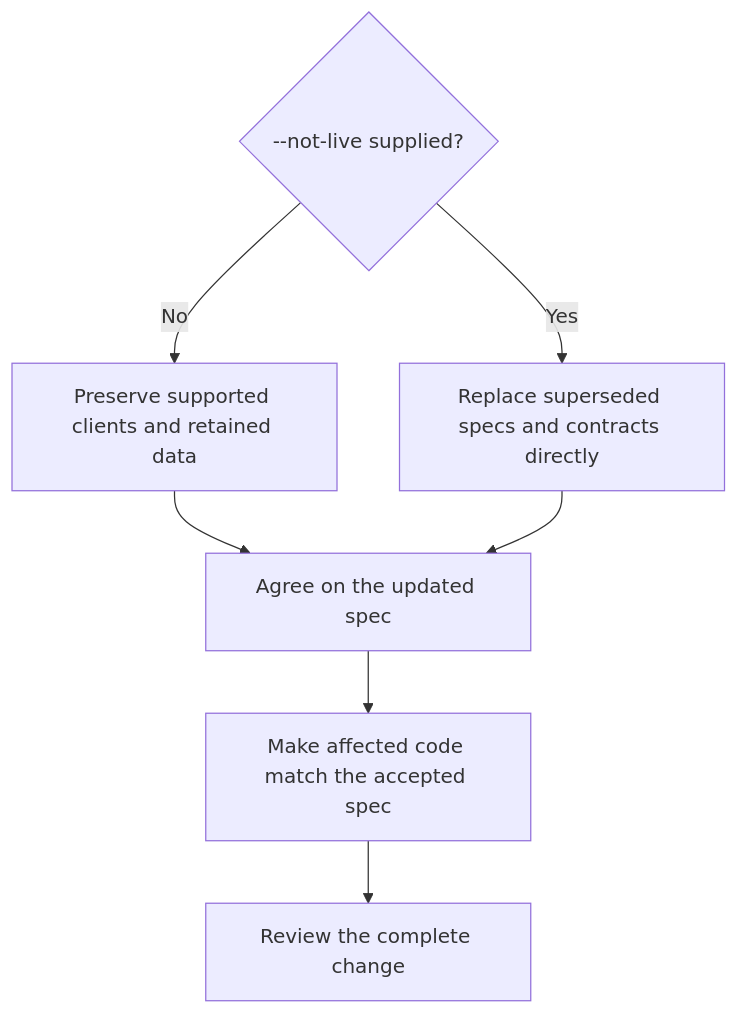
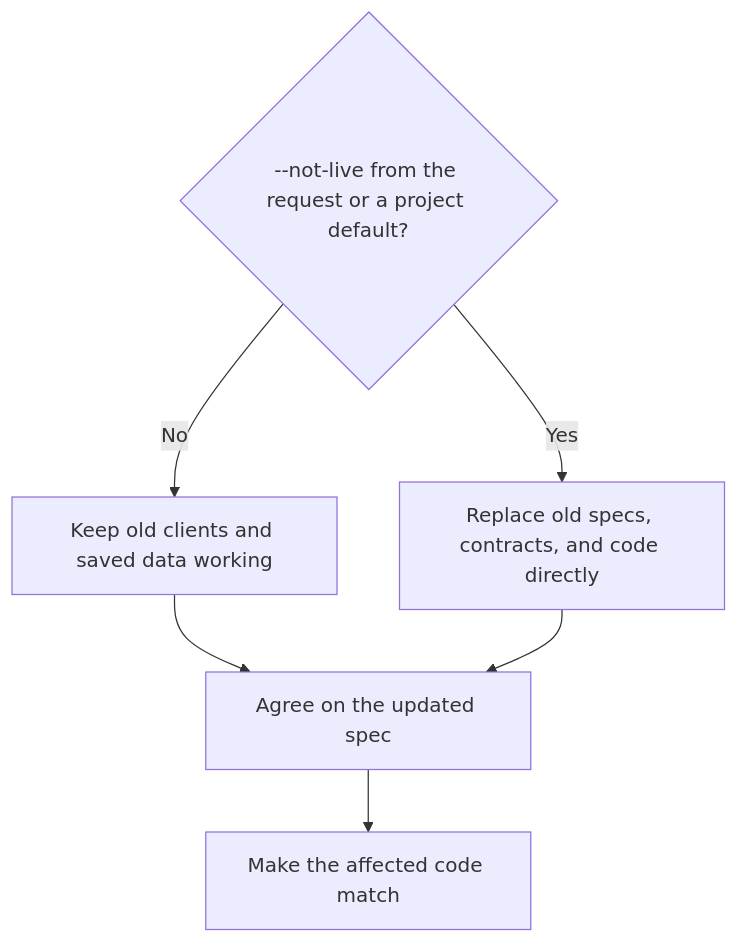
One commit to fsw0422/.ksp changed the second of 10 diagrams in skills/spec-workflow/SKILL.md. Above: the diagram before and after it, drawn with Mermaid. The commit also changed other lines of this file and 17 other files, not shown here.

First line of the commit message:
Rework Spec Workflow: work record, project setup, clearer rules

````diff
--- a/skills/spec-workflow/SKILL.md
+++ b/skills/spec-workflow/SKILL.md
@@ -33,9 +63,8 @@
 ```mermaid
 flowchart TD
-    Mode{--not-live supplied?} -->|No| Live[Preserve supported clients and retained data]
-    Mode -->|Yes| Replace[Replace superseded specs and contracts directly]
+    Mode{--not-live from the request or a project default?} -->|No| Live[Keep old clients and saved data working]
+    Mode -->|Yes| Replace[Replace old specs, contracts, and code directly]
     Live --> Spec[Agree on the updated spec]
     Replace --> Spec
-    Spec --> Code[Make affected code match the accepted spec]
-    Code --> Review[Review the complete change]
+    Spec --> Code[Make the affected code match]
 ```
````
